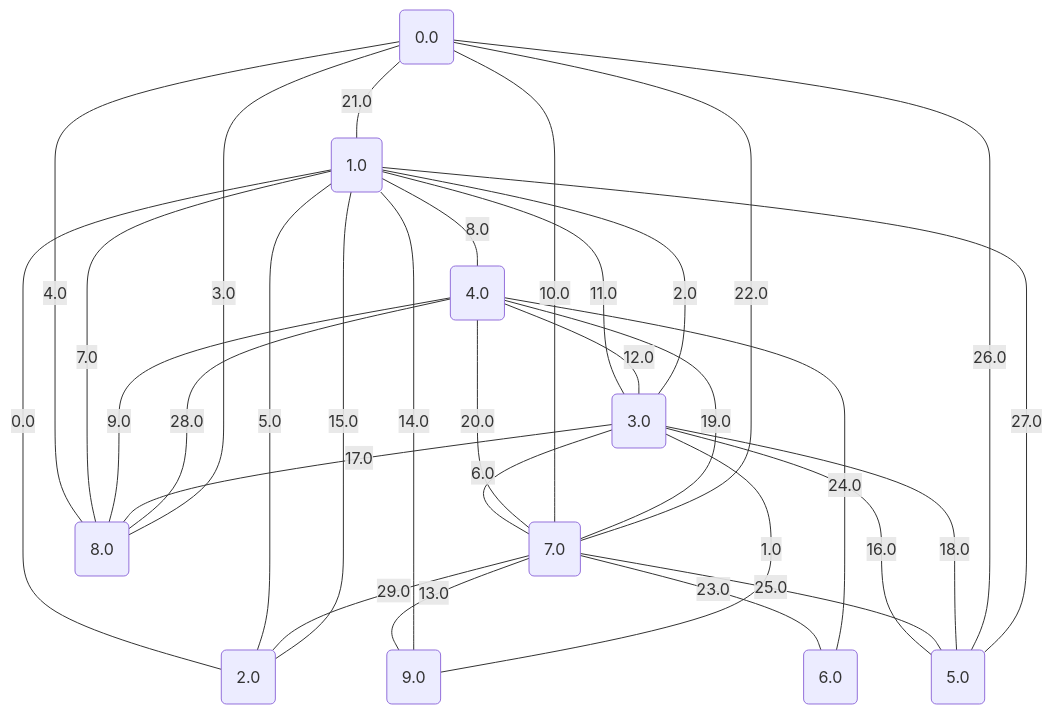
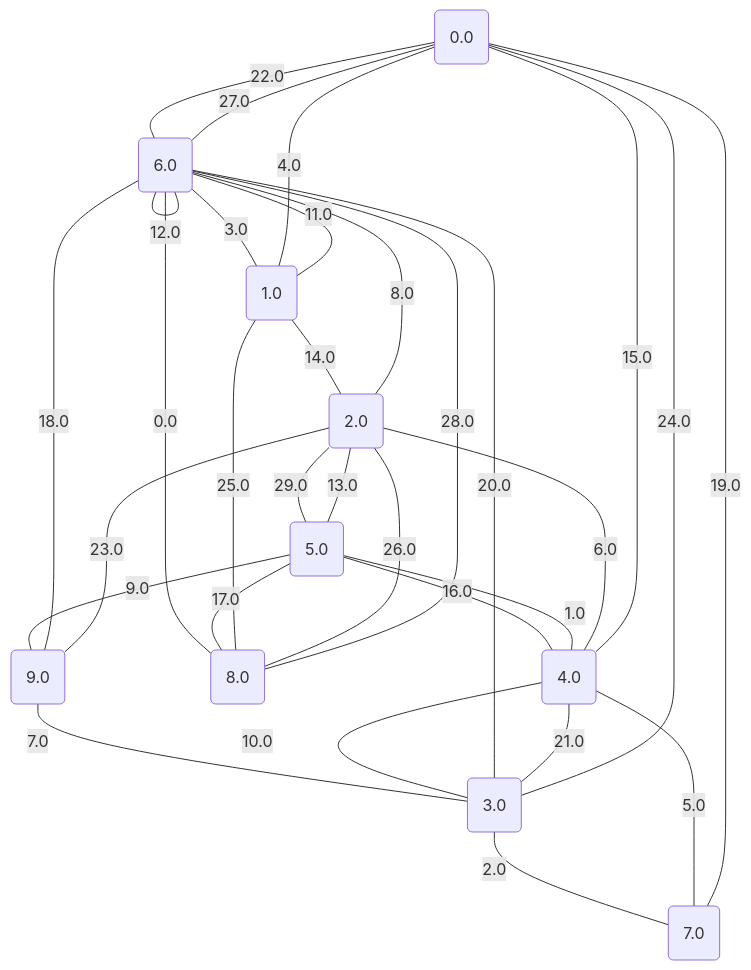
The diagram in project/src/testing/graphs/5.md (metury/graphs), drawn with Mermaid before and after one commit. The commit also changed 50 other files, not shown here.

````diff
--- a/project/src/testing/graphs/5.md
+++ b/project/src/testing/graphs/5.md
@@ -1,43 +1,43 @@
 ```mermaid
 graph TD;
 0("0.0");
 1("1.0");
 2("2.0");
 3("3.0");
 4("4.0");
 5("5.0");
 6("6.0");
 7("7.0");
 8("8.0");
 9("9.0");
-	1 -- "0.0" --- 2;
-	9 -- "1.0" --- 3;
-	3 -- "2.0" --- 1;
-	8 -- "3.0" --- 0;
-	0 -- "4.0" --- 8;
-	1 -- "5.0" --- 2;
-	3 -- "6.0" --- 7;
-	1 -- "7.0" --- 8;
-	1 -- "8.0" --- 4;
-	4 -- "9.0" --- 8;
-	7 -- "10.0" --- 0;
-	1 -- "11.0" --- 3;
-	4 -- "12.0" --- 3;
-	7 -- "13.0" --- 9;
-	1 -- "14.0" --- 9;
-	2 -- "15.0" --- 1;
-	3 -- "16.0" --- 5;
-	3 -- "17.0" --- 8;
-	5 -- "18.0" --- 3;
-	7 -- "19.0" --- 4;
-	4 -- "20.0" --- 7;
-	0 -- "21.0" --- 1;
-	7 -- "22.0" --- 0;
-	7 -- "23.0" --- 6;
-	4 -- "24.0" --- 6;
-	7 -- "25.0" --- 5;
-	5 -- "26.0" --- 0;
-	5 -- "27.0" --- 1;
-	4 -- "28.0" --- 8;
-	7 -- "29.0" --- 2;
+	6 -- "0.0" --- 8;
+	4 -- "1.0" --- 5;
+	3 -- "2.0" --- 7;
+	6 -- "3.0" --- 1;
+	1 -- "4.0" --- 0;
+	4 -- "5.0" --- 7;
+	4 -- "6.0" --- 2;
+	9 -- "7.0" --- 3;
+	2 -- "8.0" --- 6;
+	5 -- "9.0" --- 9;
+	4 -- "10.0" --- 3;
+	1 -- "11.0" --- 6;
+	6 -- "12.0" --- 6;
+	5 -- "13.0" --- 2;
+	1 -- "14.0" --- 2;
+	4 -- "15.0" --- 0;
+	5 -- "16.0" --- 4;
+	5 -- "17.0" --- 8;
+	6 -- "18.0" --- 9;
+	0 -- "19.0" --- 7;
+	6 -- "20.0" --- 3;
+	4 -- "21.0" --- 3;
+	0 -- "22.0" --- 6;
+	2 -- "23.0" --- 9;
+	3 -- "24.0" --- 0;
+	1 -- "25.0" --- 8;
+	2 -- "26.0" --- 8;
+	0 -- "27.0" --- 6;
+	6 -- "28.0" --- 8;
+	2 -- "29.0" --- 5;
 ```
````
